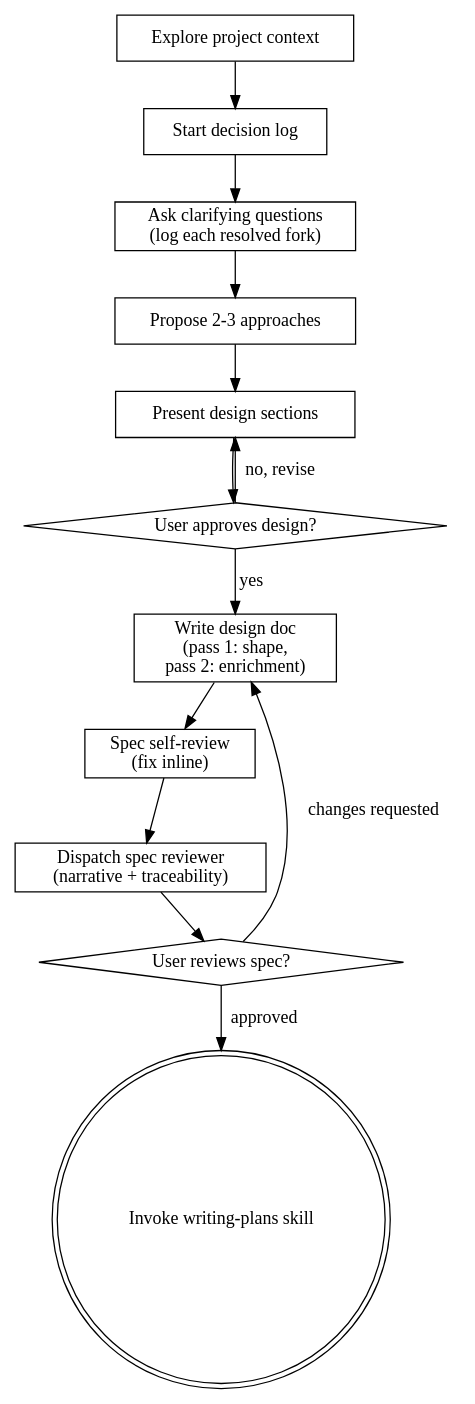
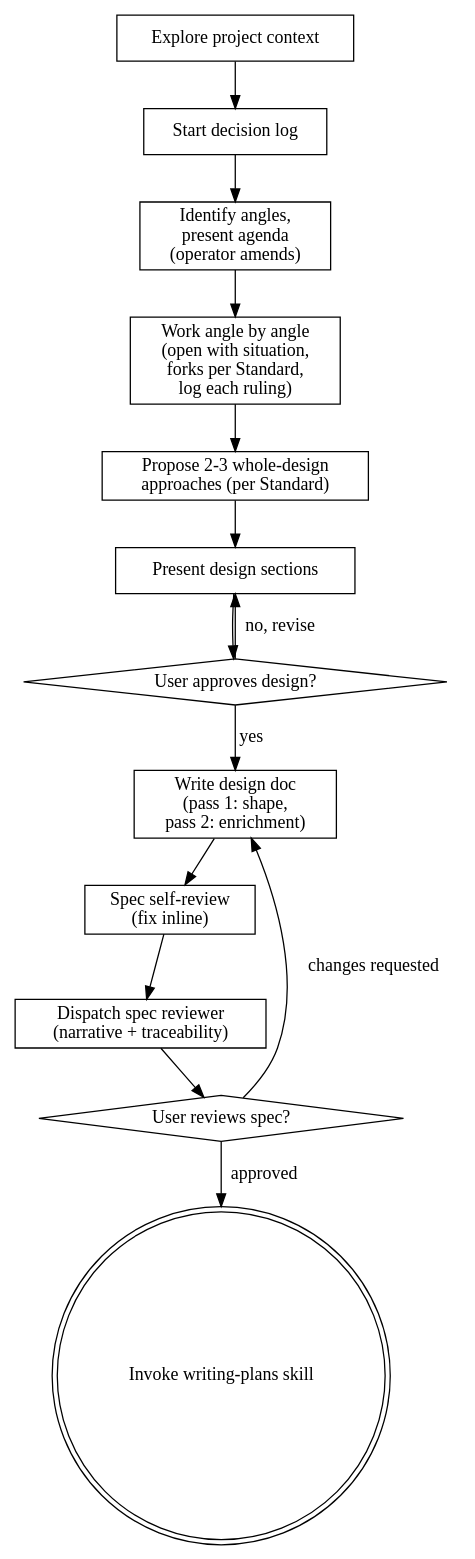
The diagram in skills/brainstorming/SKILL.md (TadasValaitiz/superdev), drawn with Graphviz before and after one commit. The commit also changed other lines of this file and 3 other files, not shown here.

First line of the commit message:
brainstorming: angle-first flow + Fork Presentation Standard; angle-guide: movement protocol, create-vs-subsection test, presentation convention (D56)

````diff
--- a/skills/brainstorming/SKILL.md
+++ b/skills/brainstorming/SKILL.md
@@ -55,28 +75,30 @@
 ```dot
 digraph brainstorming {
     "Explore project context" [shape=box];
     "Start decision log" [shape=box];
-    "Ask clarifying questions\n(log each resolved fork)" [shape=box];
-    "Propose 2-3 approaches" [shape=box];
+    "Identify angles,\npresent agenda\n(operator amends)" [shape=box];
+    "Work angle by angle\n(open with situation,\nforks per Standard,\nlog each ruling)" [shape=box];
+    "Propose 2-3 whole-design\napproaches (per Standard)" [shape=box];
     "Present design sections" [shape=box];
     "User approves design?" [shape=diamond];
     "Write design doc\n(pass 1: shape,\npass 2: enrichment)" [shape=box];
     "Spec self-review\n(fix inline)" [shape=box];
     "Dispatch spec reviewer\n(narrative + traceability)" [shape=box];
     "User reviews spec?" [shape=diamond];
     "Invoke writing-plans skill" [shape=doublecircle];
 
     "Explore project context" -> "Start decision log";
-    "Start decision log" -> "Ask clarifying questions\n(log each resolved fork)";
-    "Ask clarifying questions\n(log each resolved fork)" -> "Propose 2-3 approaches";
-    "Propose 2-3 approaches" -> "Present design sections";
+    "Start decision log" -> "Identify angles,\npresent agenda\n(operator amends)";
+    "Identify angles,\npresent agenda\n(operator amends)" -> "Work angle by angle\n(open with situation,\nforks per Standard,\nlog each ruling)";
+    "Work angle by angle\n(open with situation,\nforks per Standard,\nlog each ruling)" -> "Propose 2-3 whole-design\napproaches (per Standard)";
+    "Propose 2-3 whole-design\napproaches (per Standard)" -> "Present design sections";
     "Present design sections" -> "User approves design?";
     "User approves design?" -> "Present design sections" [label="no, revise"];
     "User approves design?" -> "Write design doc\n(pass 1: shape,\npass 2: enrichment)" [label="yes"];
     "Write design doc\n(pass 1: shape,\npass 2: enrichment)" -> "Spec self-review\n(fix inline)";
     "Spec self-review\n(fix inline)" -> "Dispatch spec reviewer\n(narrative + traceability)";
     "Dispatch spec reviewer\n(narrative + traceability)" -> "User reviews spec?";
     "User reviews spec?" -> "Write design doc\n(pass 1: shape,\npass 2: enrichment)" [label="changes requested"];
     "User reviews spec?" -> "Invoke writing-plans skill" [label="approved"];
 }
 ```
````
